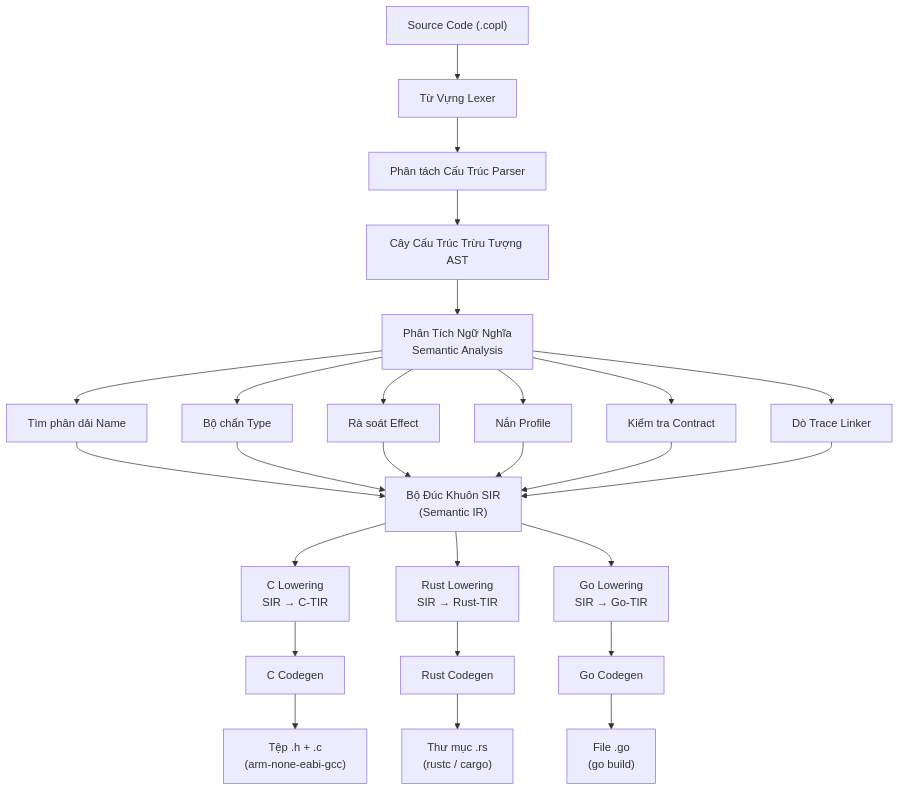
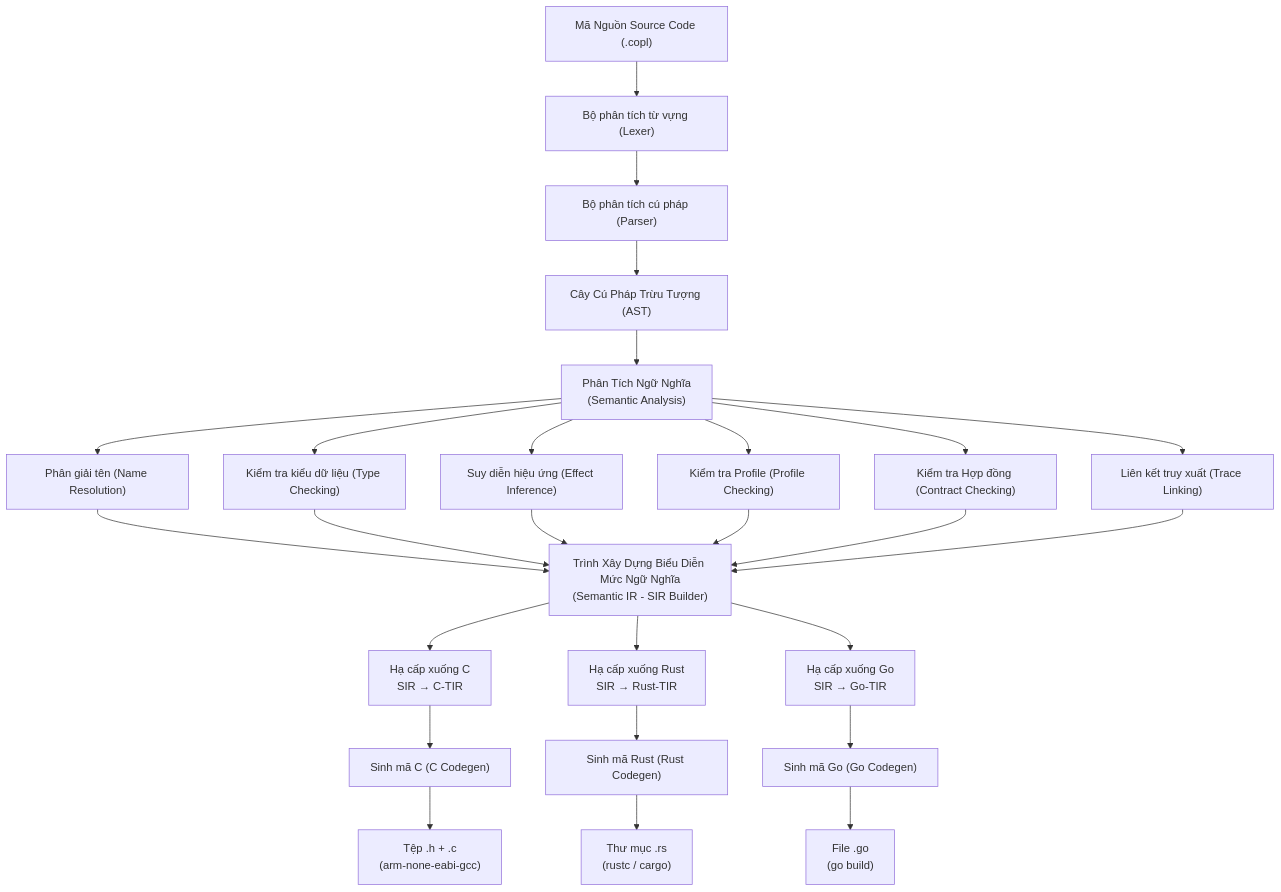
Before and after one commit to HalaAcademy/Non-LLM: the diagram in docs/copl/09_compiler_architecture.md, drawn with Mermaid. The commit also changed other lines of this file and 12 other files, not shown here.

Commit message:
docs: Chuẩn hóa thuật ngữ kỹ thuật và sơ đồ Mermaid cho dự án COPL

````diff
--- a/docs/copl/09_compiler_architecture.md
+++ b/docs/copl/09_compiler_architecture.md
@@ -10,33 +11,33 @@
 ```mermaid
 flowchart TD
-    A["Source Code (.copl)"] --> B["Từ Vựng Lexer"]
-    B --> C["Phân tách Cấu Trúc Parser"]
-    C --> D["Cây Cấu Trúc Trừu Tượng AST"]
-    D --> E["Phân Tích Ngữ Nghĩa<br/>Semantic Analysis"]
+    A["Mã Nguồn Source Code (.copl)"] --> B["Bộ phân tích từ vựng (Lexer)"]
+    B --> C["Bộ phân tích cú pháp (Parser)"]
+    C --> D["Cây Cú Pháp Trừu Tượng (AST)"]
+    D --> E["Phân Tích Ngữ Nghĩa<br/>(Semantic Analysis)"]
 
-    E --> E1["Tìm phân dải Name"]
-    E --> E2["Bộ chẩn Type"]
-    E --> E3["Rà soát Effect"]
-    E --> E4["Nắn Profile"]
-    E --> E5["Kiểm tra Contract"]
-    E --> E6["Dò Trace Linker"]
+    E --> E1["Phân giải tên (Name Resolution)"]
+    E --> E2["Kiểm tra kiểu dữ liệu (Type Checking)"]
+    E --> E3["Suy diễn hiệu ứng (Effect Inference)"]
+    E --> E4["Kiểm tra Profile (Profile Checking)"]
+    E --> E5["Kiểm tra Hợp đồng (Contract Checking)"]
+    E --> E6["Liên kết truy xuất (Trace Linking)"]
 
-    E1 --> F["Bộ Đúc Khuôn SIR<br/>(Semantic IR)"]
+    E1 --> F["Trình Xây Dựng Biểu Diễn Mức Ngữ Nghĩa<br/>(Semantic IR - SIR Builder)"]
     E2 --> F
     E3 --> F
     E4 --> F
     E5 --> F
     E6 --> F
 
-    F --> G1["C Lowering<br/>SIR → C-TIR"]
-    F --> G2["Rust Lowering<br/>SIR → Rust-TIR"]
-    F --> G3["Go Lowering<br/>SIR → Go-TIR"]
+    F --> G1["Hạ cấp xuống C<br/>SIR → C-TIR"]
+    F --> G2["Hạ cấp xuống Rust<br/>SIR → Rust-TIR"]
+    F --> G3["Hạ cấp xuống Go<br/>SIR → Go-TIR"]
 
-    G1 --> H1["C Codegen"]
-    G2 --> H2["Rust Codegen"]
-    G3 --> H3["Go Codegen"]
+    G1 --> H1["Sinh mã C (C Codegen)"]
+    G2 --> H2["Sinh mã Rust (Rust Codegen)"]
+    G3 --> H3["Sinh mã Go (Go Codegen)"]
 
     H1 --> I1["Tệp .h + .c<br/>(arm-none-eabi-gcc)"]
     H2 --> I2["Thư mục .rs<br/>(rustc / cargo)"]
     H3 --> I3["File .go<br/>(go build)"]
 ```
````
